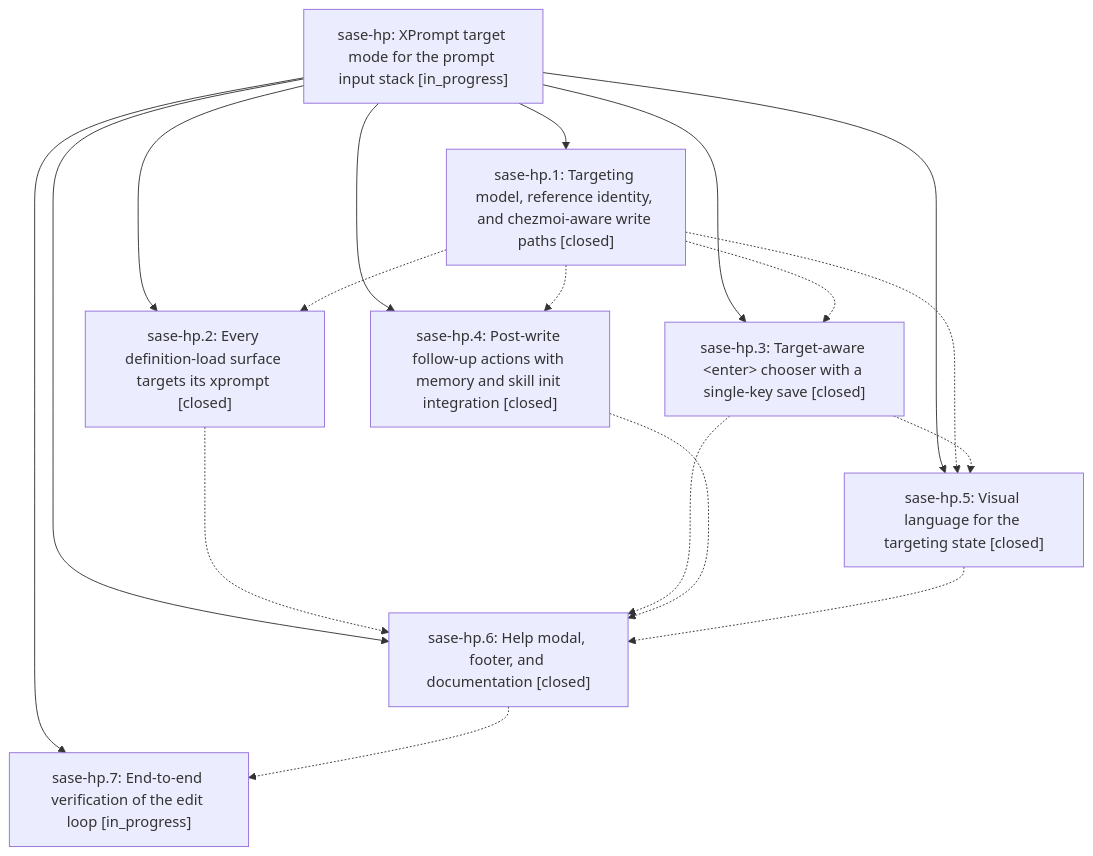
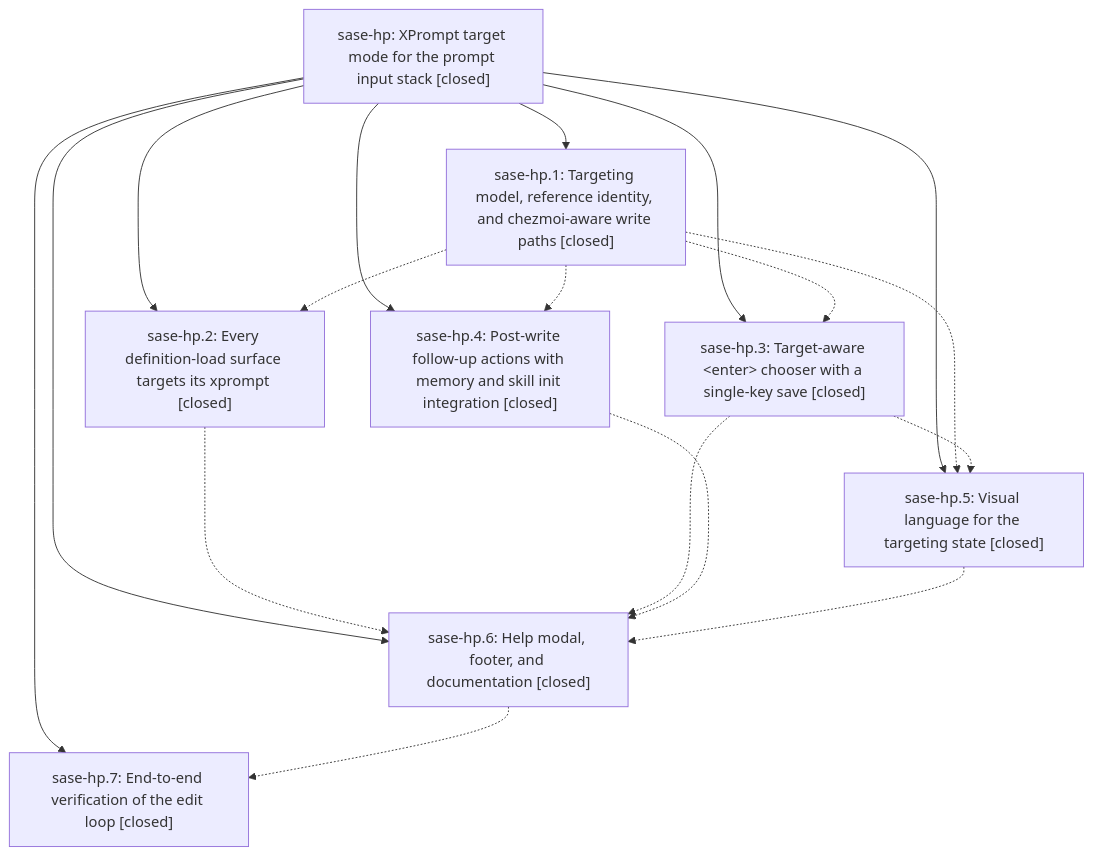
One commit to sase-org/sase--beads changed the diagram in pages/sase-hp/README.md. Above: the diagram before and after it, drawn with Mermaid. The commit also changed other lines of this file and 2 other files, not shown here.

First line of the commit message:
chore(beads): sync bead state and pages for sase-hp

````diff
--- a/pages/sase-hp/README.md
+++ b/pages/sase-hp/README.md
@@ -38,28 +62,28 @@
 ```mermaid
 flowchart TD
-    n0["sase-hp: XPrompt target mode for the prompt input stack [in_progress]"]
+    n0["sase-hp: XPrompt target mode for the prompt input stack [closed]"]
     n1["sase-hp.1: Targeting model, reference identity, and chezmoi-aware write paths [closed]"]
     n2["sase-hp.2: Every definition-load surface targets its xprompt [closed]"]
     n3["sase-hp.3: Target-aware &lt;enter&gt; chooser with a single-key save [closed]"]
     n4["sase-hp.4: Post-write follow-up actions with memory and skill init integration [closed]"]
     n5["sase-hp.5: Visual language for the targeting state [closed]"]
     n6["sase-hp.6: Help modal, footer, and documentation [closed]"]
-    n7["sase-hp.7: End-to-end verification of the edit loop [in_progress]"]
+    n7["sase-hp.7: End-to-end verification of the edit loop [closed]"]
     n0 --> n1
     n0 --> n2
     n0 --> n3
     n0 --> n4
     n0 --> n5
     n0 --> n6
     n0 --> n7
     n1 -.-> n2
     n1 -.-> n3
     n1 -.-> n4
     n1 -.-> n5
     n2 -.-> n6
     n3 -.-> n5
     n3 -.-> n6
     n4 -.-> n6
     n5 -.-> n6
     n6 -.-> n7
 ```
````
